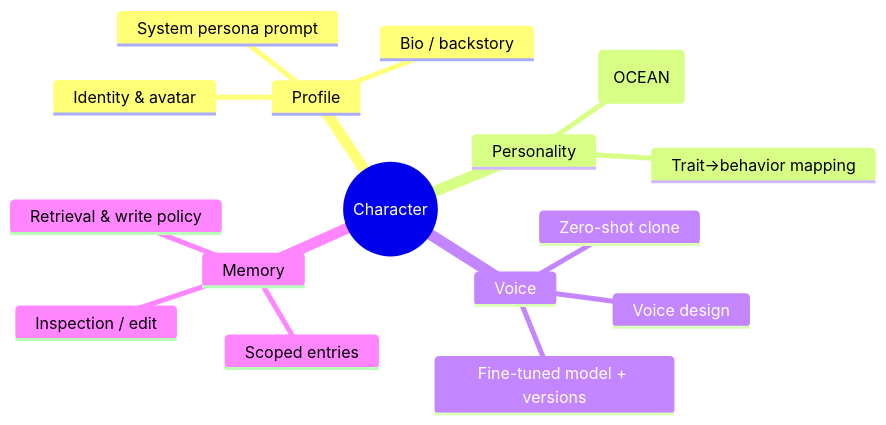
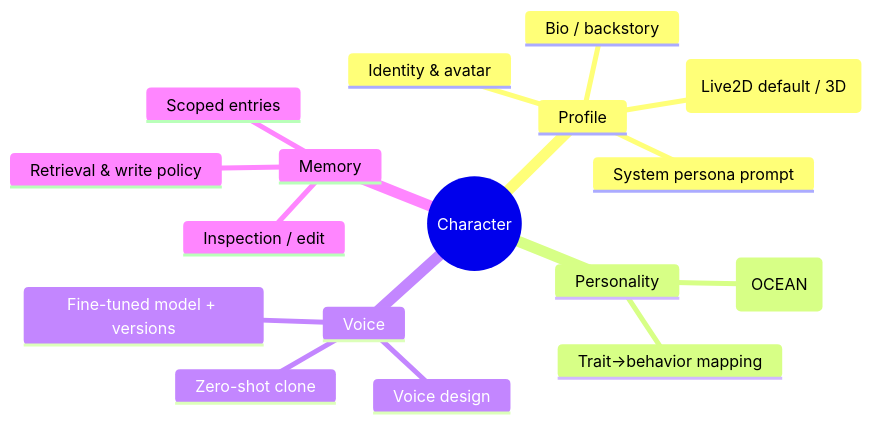
The first of 2 diagrams in docs/08-feature-character-management.md (Nagino-Reina/NagiFlow), drawn with Mermaid before and after one commit. The commit also changed other lines of this file and 8 other files, not shown here.

Commit message:
Update documentation to include built-in Live2D avatar renderer and pluggable rendering capabilities

````diff
--- a/docs/08-feature-character-management.md
+++ b/docs/08-feature-character-management.md
@@ -20,19 +20,20 @@
 ```mermaid
 mindmap
   root((Character))
     Profile
       Identity & avatar
       Bio / backstory
       System persona prompt
+      Avatar model (Live2D default / 3D)
     Personality
       Big Five (OCEAN)
       Trait→behavior mapping
     Voice
       Zero-shot clone
       Voice design
       Fine-tuned model + versions
     Memory
       Scoped entries
       Retrieval & write policy
       Inspection / edit
 ```
````
